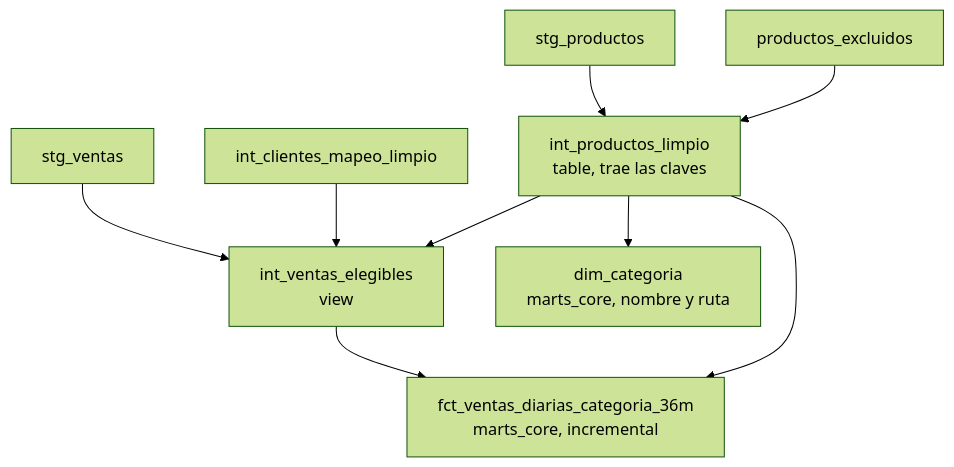
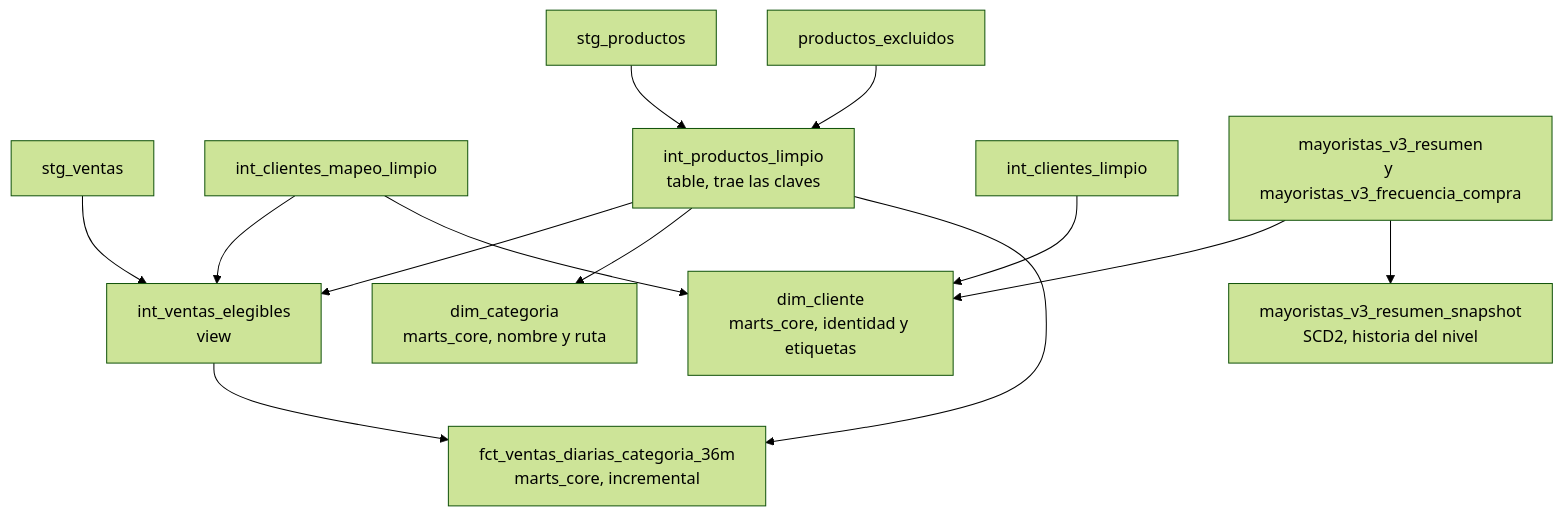
The fourth of 6 diagrams in ARQUITECTURA.md (adrian-dato/dbt-ahorrazo), drawn with Mermaid (forest theme) before and after one commit. The commit also changed other lines of this file and 4 other files, not shown here.

First line of the commit message:
Agrega dim_cliente a marts_core con la identidad y las etiquetas de los clientes

````diff
--- a/ARQUITECTURA.md
+++ b/ARQUITECTURA.md
@@ -259,11 +269,15 @@
 ```mermaid
 graph TD
     STG_VENTAS[stg_ventas] --> INT_ELEG[int_ventas_elegibles<br/>view]
     INT_MAPEO[int_clientes_mapeo_limpio] --> INT_ELEG
     STG_PROD[stg_productos] --> INT_PROD[int_productos_limpio<br/>table, trae las claves]
     SEED_EXCL[productos_excluidos] --> INT_PROD
     INT_PROD --> INT_ELEG
     INT_PROD --> CAT[dim_categoria<br/>marts_core, nombre y ruta]
     INT_ELEG --> FCT[fct_ventas_diarias_categoria_36m<br/>marts_core, incremental]
     INT_PROD --> FCT
+    INT_CLI[int_clientes_limpio] --> CLI[dim_cliente<br/>marts_core, identidad y etiquetas]
+    INT_MAPEO --> CLI
+    MAYO[mayoristas_v3_resumen<br/>y mayoristas_v3_frecuencia_compra] --> CLI
+    MAYO --> SNAP[mayoristas_v3_resumen_snapshot<br/>SCD2, historia del nivel]
 ```
````
